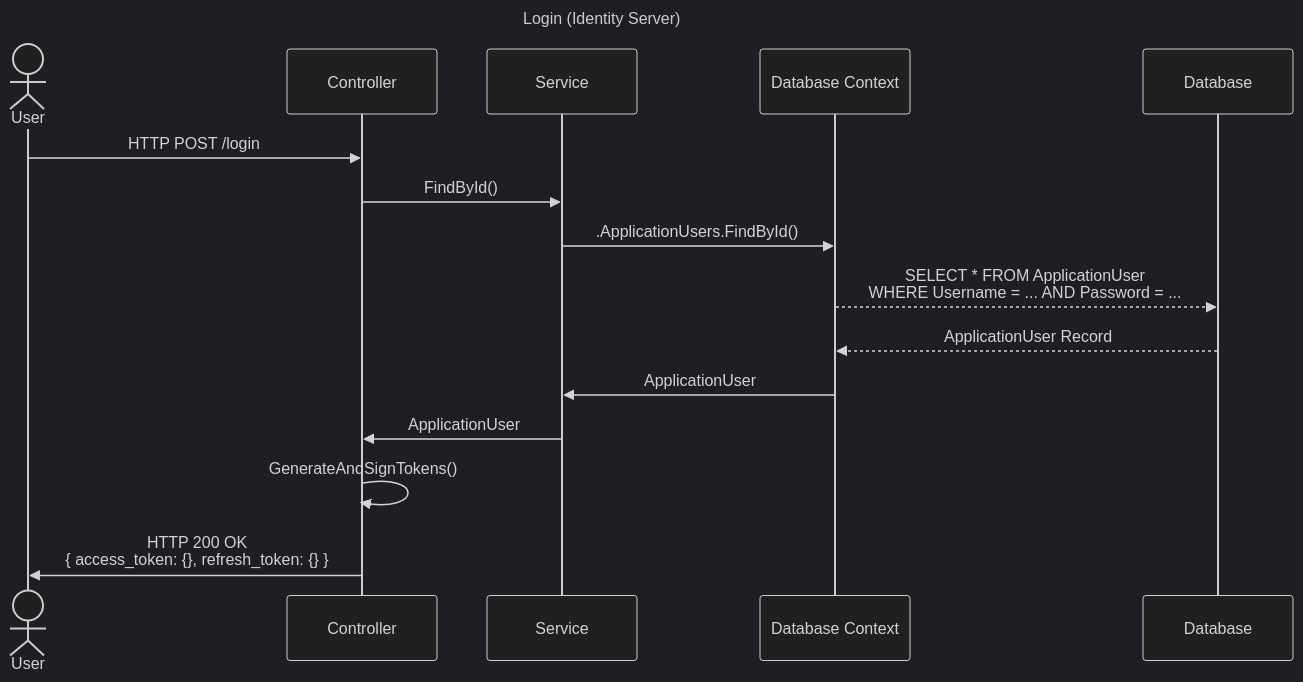
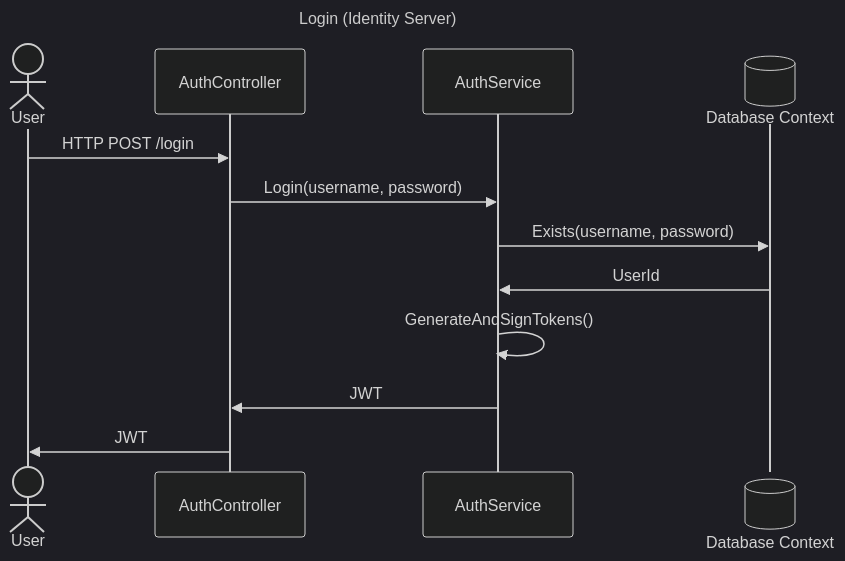
The sixth of 8 diagrams in readme.md (debangerter/m223-punchclock-dbangert), drawn with Mermaid (dark theme) before and after one commit. The commit also changed other lines of this file, not shown here.

Commit message:
5.2 User Management

````diff
--- a/readme.md
+++ b/readme.md
@@ -138,20 +143,17 @@
 ```mermaid
 ---
 title: Login (Identity Server)
 ---
 sequenceDiagram
     actor User
-    participant Api as Controller
-    participant Service
-    participant Context as Database Context
-    participant DB as Database
-    User ->> Api: HTTP POST /login
-    Api ->> Service: FindById()
-    Service ->> Context: .ApplicationUsers.FindById()
-    Context -->> DB: SELECT * FROM ApplicationUser<br />WHERE Username = ... AND Password = ...
-    DB -->> Context: ApplicationUser Record
-    Context ->> Service: ApplicationUser
-    Service ->> Api: ApplicationUser
-    Api ->> Api: GenerateAndSignTokens()
-    Api ->> User: HTTP 200 OK<br />{ access_token: {}, refresh_token: {} }
+    participant Auth as AuthController
+    participant AuthSer as AuthService
+    participant Context@{ "type": "database" } as Database Context
+User ->> Auth: HTTP POST /login
+Auth ->> AuthSer: Login(username, password)
+AuthSer ->> Context: Exists(username, password)
+Context ->> AuthSer: UserId
+AuthSer ->> AuthSer: GenerateAndSignTokens()
+AuthSer ->> Auth: JWT
+Auth ->> User: JWT
 ```
````
